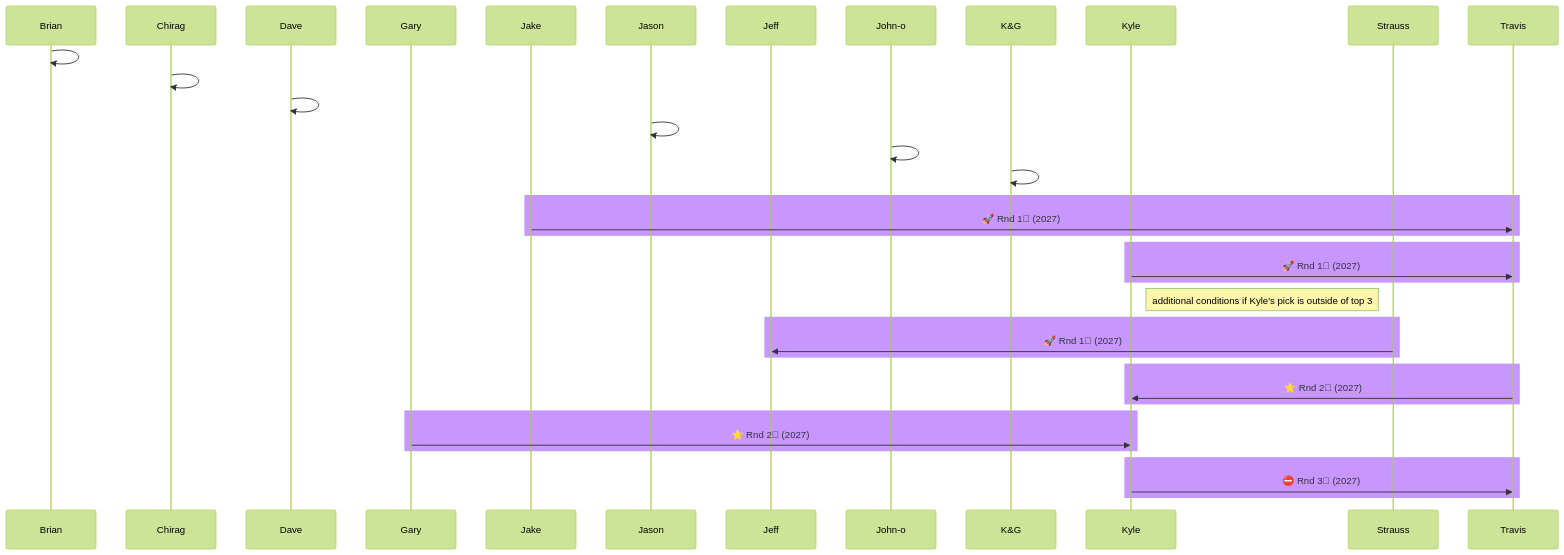
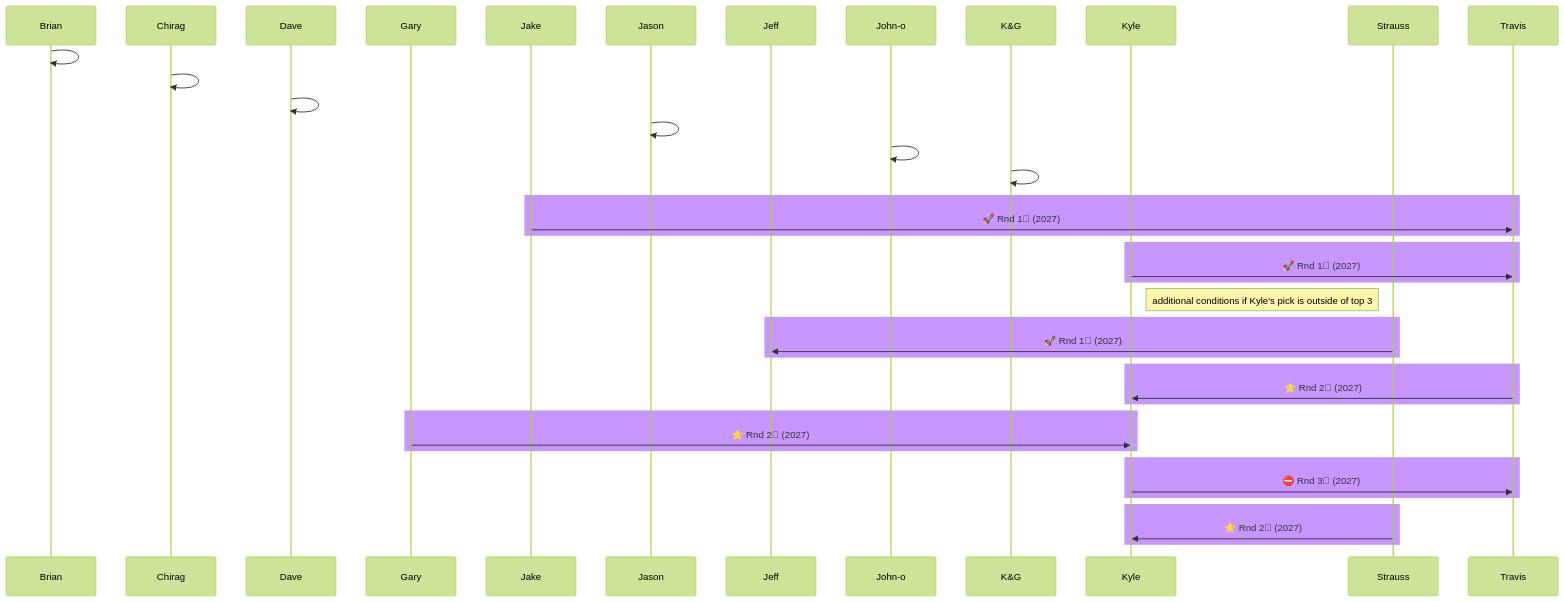
One commit to jtkulas/kittywampas changed the first of 2 diagrams in phantazee.qmd. Above: the diagram before and after it, drawn with Mermaid (forest theme). The commit also changed other lines of this file and 16 other files, not shown here.

Commit message:
strauss 2nd rounder to Kyle (2027)

````diff
--- a/phantazee.qmd
+++ b/phantazee.qmd
@@ -48,45 +48,48 @@
 ```{mermaid}
 %%| mermaid-format: png
 %%| fig-width: 8
 %%| label: fig-current
 %%| fig-cap: "Individual drapht pick trades (2027 and onward)"
 sequenceDiagram
 participant Brian
 participant Chirag
 participant Dave
 participant Gary
 participant Jake
 participant Jason
 participant Jeff
 participant John-o
 participant K&G
 participant Kyle
 participant Strauss
 participant Travis
 Brian->>Brian:  
 Chirag->>Chirag:  
 Dave->>Dave:  
 Jason->>Jason:  
 John-o->>John-o:  
 K&G->>K&G:  
 
 rect rgb(200, 150, 255)
 Jake->>Travis: 🚀 Rnd 1⃣ (2027) 
 end
 rect rgb(200, 150, 255)
 Kyle->>Travis: 🚀 Rnd 1⃣ (2027) 
 end
 Note right of Kyle: additional conditions if Kyle's pick is outside of top 3
 rect rgb(200, 150, 255)
 Strauss->>Jeff: 🚀 Rnd 1⃣ (2027) 
 end
 rect rgb(200, 150, 255)
 Travis->>Kyle: ⭐ Rnd 2⃣ (2027)
 end
 rect rgb(200, 150, 255)
 Gary->>Kyle: ⭐ Rnd 2⃣ (2027)
 end
 rect rgb(200, 150, 255)
 Kyle->>Travis: ⛔ Rnd 3⃣ (2027)
 end
+rect rgb(200, 150, 255)
+Strauss->>Kyle: ⭐ Rnd 2⃣ (2027)
+end
 ```
````
